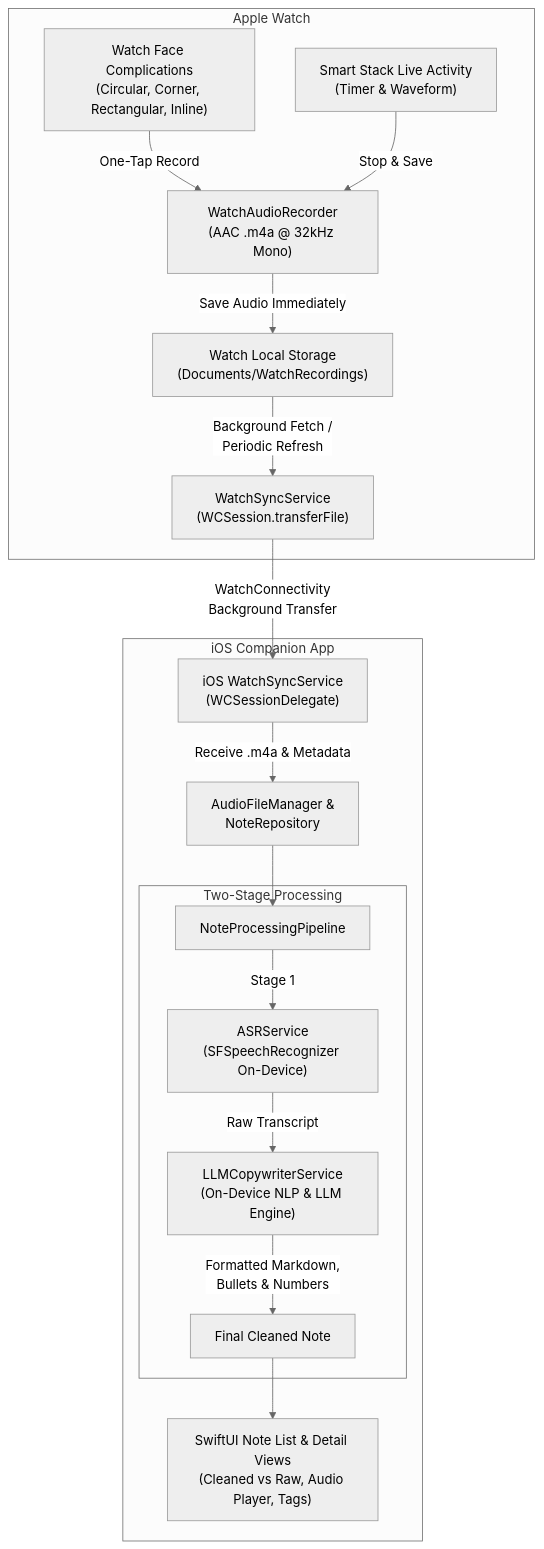
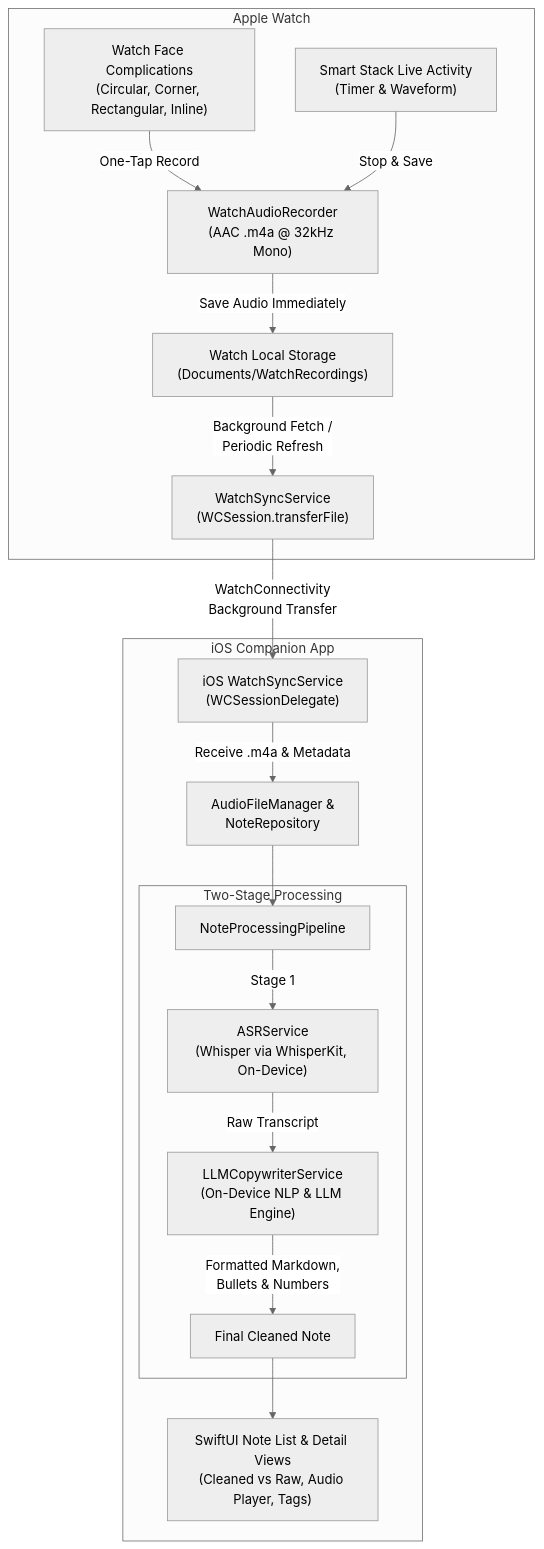
The diagram in README.md (tianhaoz95/voxbrief), drawn with Mermaid (neutral theme) before and after one commit. The commit also changed other lines of this file and 87 other files, not shown here.

````diff
--- a/README.md
+++ b/README.md
@@ -18,24 +18,24 @@
 ```mermaid
 flowchart TD
     subgraph Apple Watch
         WC["Watch Face Complications\n(Circular, Corner, Rectangular, Inline)"] -->|One-Tap Record| REC["WatchAudioRecorder\n(AAC .m4a @ 32kHz Mono)"]
         LA["Smart Stack Live Activity\n(Timer & Waveform)"] -->|Stop & Save| REC
         REC -->|Save Audio Immediately| WSTORE["Watch Local Storage\n(Documents/WatchRecordings)"]
         WSTORE -->|Background Fetch /\nPeriodic Refresh| WSYNC["WatchSyncService\n(WCSession.transferFile)"]
     end
 
     WSYNC -->|WatchConnectivity\nBackground Transfer| IOS_SYNC["iOS WatchSyncService\n(WCSessionDelegate)"]
 
     subgraph iOS Companion App
         IOS_SYNC -->|Receive .m4a & Metadata| STORE["AudioFileManager &\nNoteRepository"]
         STORE --> PIPELINE["NoteProcessingPipeline"]
         
         subgraph Two-Stage Processing
-            PIPELINE -->|Stage 1| ASR["ASRService\n(SFSpeechRecognizer On-Device)"]
+            PIPELINE -->|Stage 1| ASR["ASRService\n(Whisper via WhisperKit, On-Device)"]
             ASR -->|Raw Transcript| LLM["LLMCopywriterService\n(On-Device NLP & LLM Engine)"]
             LLM -->|Formatted Markdown,\nBullets & Numbers| READY["Final Cleaned Note"]
         end
         
         READY --> UI["SwiftUI Note List & Detail Views\n(Cleaned vs Raw, Audio Player, Tags)"]
     end
 ```
````
